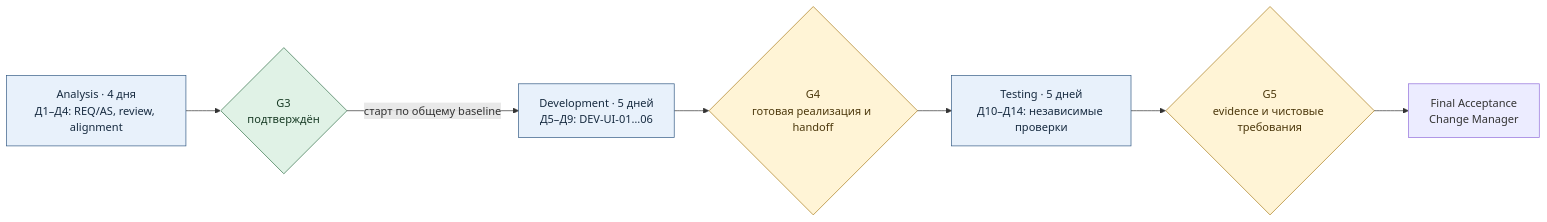
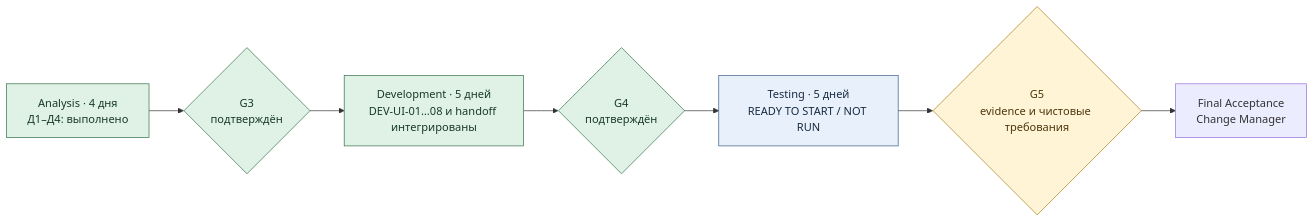
Before and after one commit to ksenia-baranova/exact-orb-demo: the diagram in docs/project_management/change_plans/ui-birth-form-and-facts/artifacts.md, drawn with Mermaid. The commit also changed other lines of this file and 9 other files, not shown here.

````diff
--- a/docs/project_management/change_plans/ui-birth-form-and-facts/artifacts.md
+++ b/docs/project_management/change_plans/ui-birth-form-and-facts/artifacts.md
@@ -137,15 +137,15 @@
 ```mermaid
 flowchart LR
-    A["Analysis · 4 дня<br/>Д1–Д4: REQ/AS, review, alignment"] --> G3{"G3<br/>подтверждён"}
-    G3 -->|"старт по общему baseline"| D["Development · 5 дней<br/>Д5–Д9: DEV-UI-01…06"]
-    D --> G4{"G4<br/>готовая реализация и handoff"}
-    G4 --> T["Testing · 5 дней<br/>Д10–Д14: независимые проверки"]
+    A["Analysis · 4 дня<br/>Д1–Д4: выполнено"] --> G3{"G3<br/>подтверждён"}
+    G3 --> D["Development · 5 дней<br/>DEV-UI-01…08 и handoff интегрированы"]
+    D --> G4{"G4<br/>подтверждён"}
+    G4 --> T["Testing · 5 дней<br/>READY TO START / NOT RUN"]
     T --> G5{"G5<br/>evidence и чистовые требования"}
     G5 --> F["Final Acceptance<br/>Change Manager"]
     classDef phase fill:#e8f1fb,stroke:#345b85,color:#172b40;
     classDef gate fill:#fff4d6,stroke:#aa7c1d,color:#4b370b;
-    class A,D,T phase;
     classDef approved fill:#e0f2e6,stroke:#33704a,color:#183b25;
-    class G4,G5 gate;
-    class G3 approved;
+    class A,G3,D,G4 approved;
+    class T phase;
+    class G5 gate;
 ```
````
